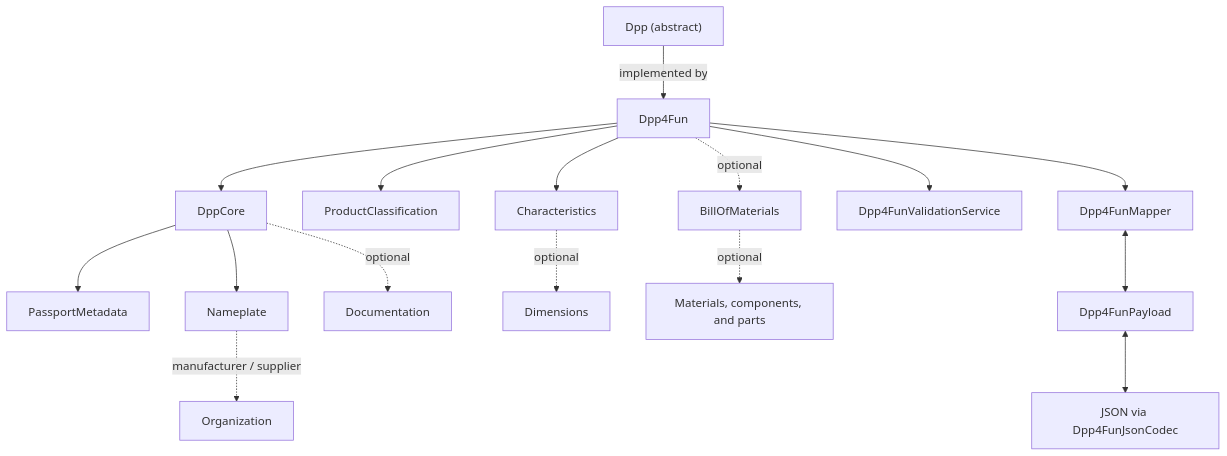
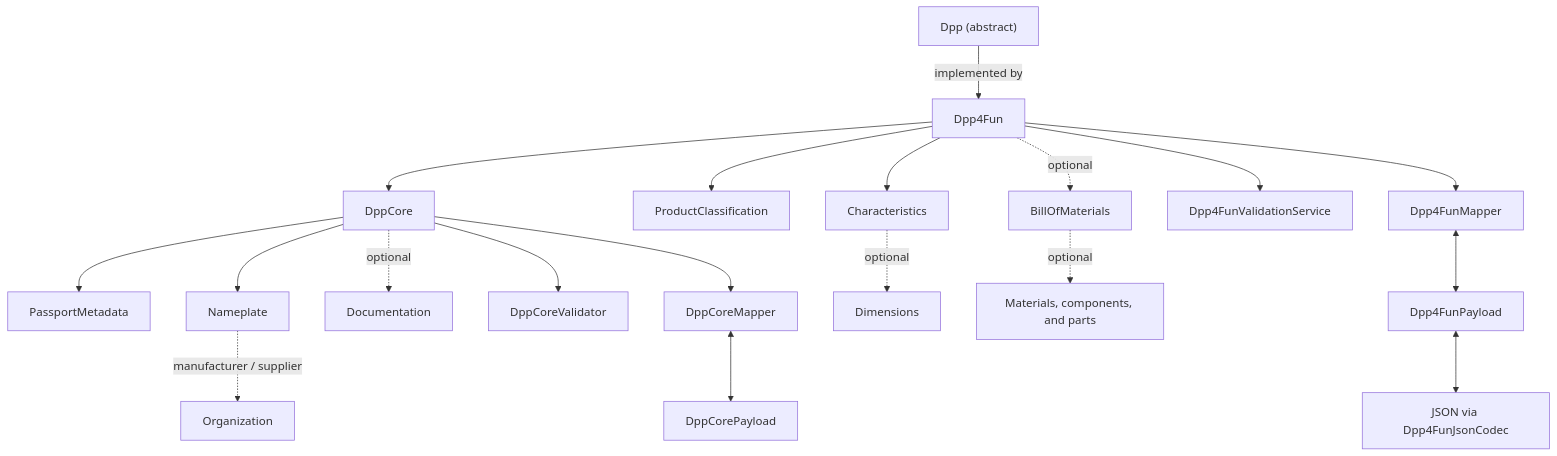
One commit to CIR4FUN-EU/java-dpp-sdk changed the diagram in dpp-datamodel/README.md. Above: the diagram before and after it, drawn with Mermaid. The commit also changed other lines of this file, not shown here.

Commit message:
docs: clarify datamodel architecture diagram

````diff
--- a/dpp-datamodel/README.md
+++ b/dpp-datamodel/README.md
@@ -7,18 +7,21 @@
 ```mermaid
 flowchart TD
     D["Dpp (abstract)"] -->|implemented by| F["Dpp4Fun"]
     F --> C["DppCore"]
     F --> PC["ProductClassification"]
     F --> CH["Characteristics"]
     F -. optional .-> B["BillOfMaterials"]
     C --> M["PassportMetadata"]
     C --> N["Nameplate"]
     C -. optional .-> DOC["Documentation"]
     N -. manufacturer / supplier .-> O["Organization"]
     CH -. optional .-> DIM["Dimensions"]
     B -. optional .-> BOM["Materials, components, and parts"]
-    F --> V["Dpp4FunValidationService"]
-    F --> MAP["Dpp4FunMapper"]
-    MAP <--> P["Dpp4FunPayload"]
-    P <--> JSON["JSON via Dpp4FunJsonCodec"]
+    C --> CV["DppCoreValidator"]
+    C --> CM["DppCoreMapper"]
+    CM <--> CP["DppCorePayload"]
+    F --> FV["Dpp4FunValidationService"]
+    F --> FM["Dpp4FunMapper"]
+    FM <--> FP["Dpp4FunPayload"]
+    FP <--> JSON["JSON via Dpp4FunJsonCodec"]
 ```
````
